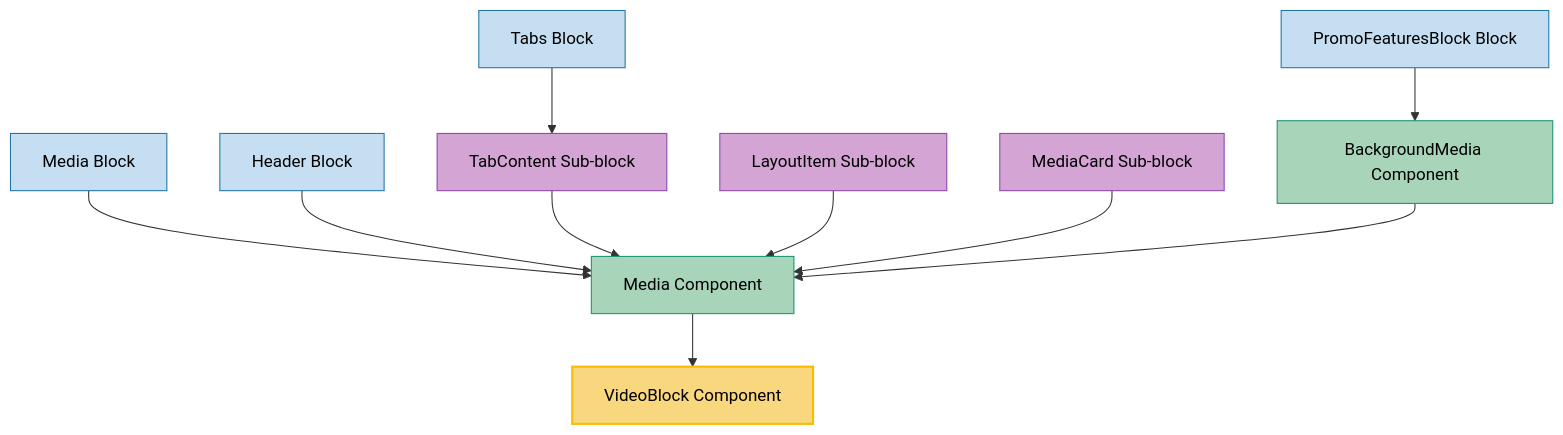
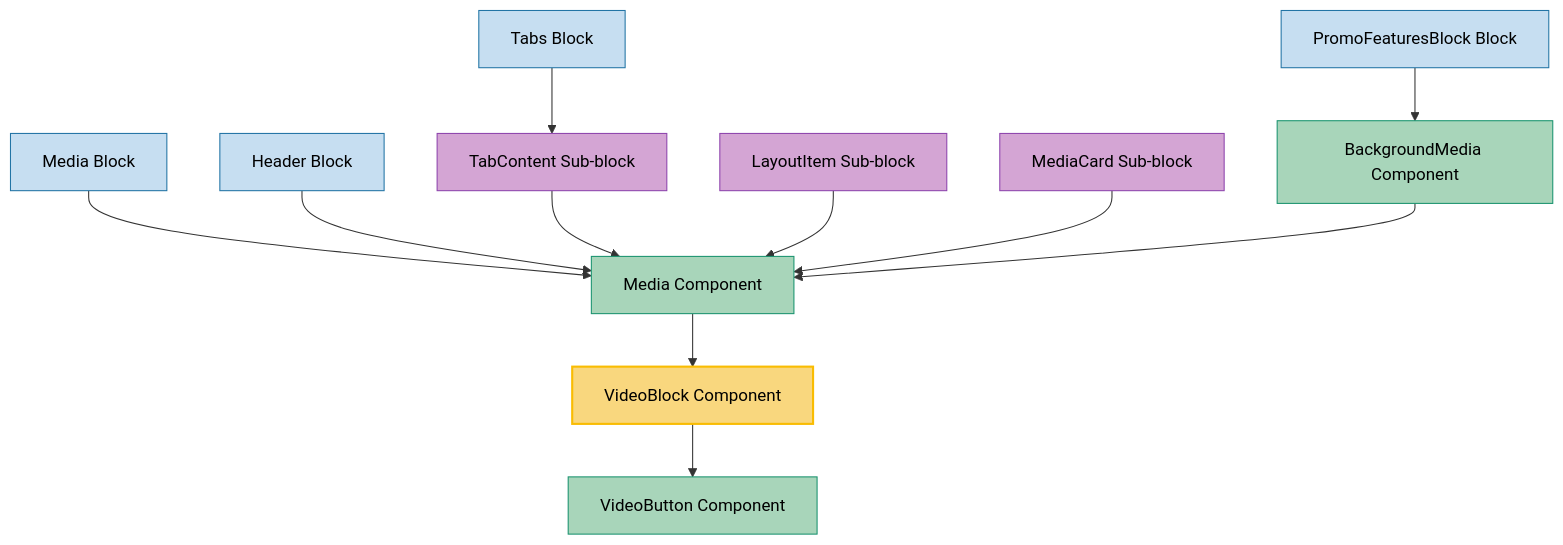
The diagram in memory-bank/usage/videoBlock.md (gravity-ui/page-constructor), drawn with Mermaid before and after one commit. The commit also changed other lines of this file and 17 other files, not shown here.

Commit message:
feat: custom video button theme (#1482)

````diff
--- a/memory-bank/usage/videoBlock.md
+++ b/memory-bank/usage/videoBlock.md
@@ -11,61 +11,64 @@
 ```mermaid
 graph TD
     %% Main Component
     VideoBlock[VideoBlock Component]
+    VideoButton[VideoButton Component]
 
     %% Direct usage in Media component
     Media[Media Component]
 
     %% Blocks that use Media component (and thus VideoBlock indirectly)
     MediaBlock[Media Block]
     HeaderBlock[Header Block]
     TabContent[TabContent Sub-block]
 
     %% Sub-blocks that use Media component
     LayoutItem[LayoutItem Sub-block]
     MediaCard[MediaCard Sub-block]
 
     %% Components that use Media component
     BackgroundMedia[BackgroundMedia Component]
 
     %% Blocks that use BackgroundMedia
     PromoFeaturesBlock[PromoFeaturesBlock Block]
 
     %% Blocks that use TabContent
     TabsBlock[Tabs Block]
 
     %% Usage relationships
     Media --> VideoBlock
+    VideoBlock --> VideoButton
 
     %% Direct Media usage
     MediaBlock --> Media
     HeaderBlock --> Media
     TabContent --> Media
     LayoutItem --> Media
     MediaCard --> Media
     BackgroundMedia --> Media
 
     %% Indirect usage through BackgroundMedia
     PromoFeaturesBlock --> BackgroundMedia
 
     %% Indirect usage through TabContent
     TabsBlock --> TabContent
 
     %% Style classes
     style VideoBlock fill:#f9d77e,stroke:#f9bc02,stroke-width:2px,color:#000
+    style VideoButton fill:#a8d5ba,stroke:#1a936f,stroke-width:1px,color:#000
 
     %% Component styles
     style Media fill:#a8d5ba,stroke:#1a936f,stroke-width:1px,color:#000
     style BackgroundMedia fill:#a8d5ba,stroke:#1a936f,stroke-width:1px,color:#000
 
     %% Sub-block styles
     style LayoutItem fill:#d4a5d4,stroke:#8e44ad,stroke-width:1px,color:#000
     style MediaCard fill:#d4a5d4,stroke:#8e44ad,stroke-width:1px,color:#000
     style TabContent fill:#d4a5d4,stroke:#8e44ad,stroke-width:1px,color:#000
 
     %% Block styles
     style MediaBlock fill:#c6def1,stroke:#2274a5,stroke-width:1px,color:#000
     style HeaderBlock fill:#c6def1,stroke:#2274a5,stroke-width:1px,color:#000
     style PromoFeaturesBlock fill:#c6def1,stroke:#2274a5,stroke-width:1px,color:#000
     style TabsBlock fill:#c6def1,stroke:#2274a5,stroke-width:1px,color:#000
 ```
````
